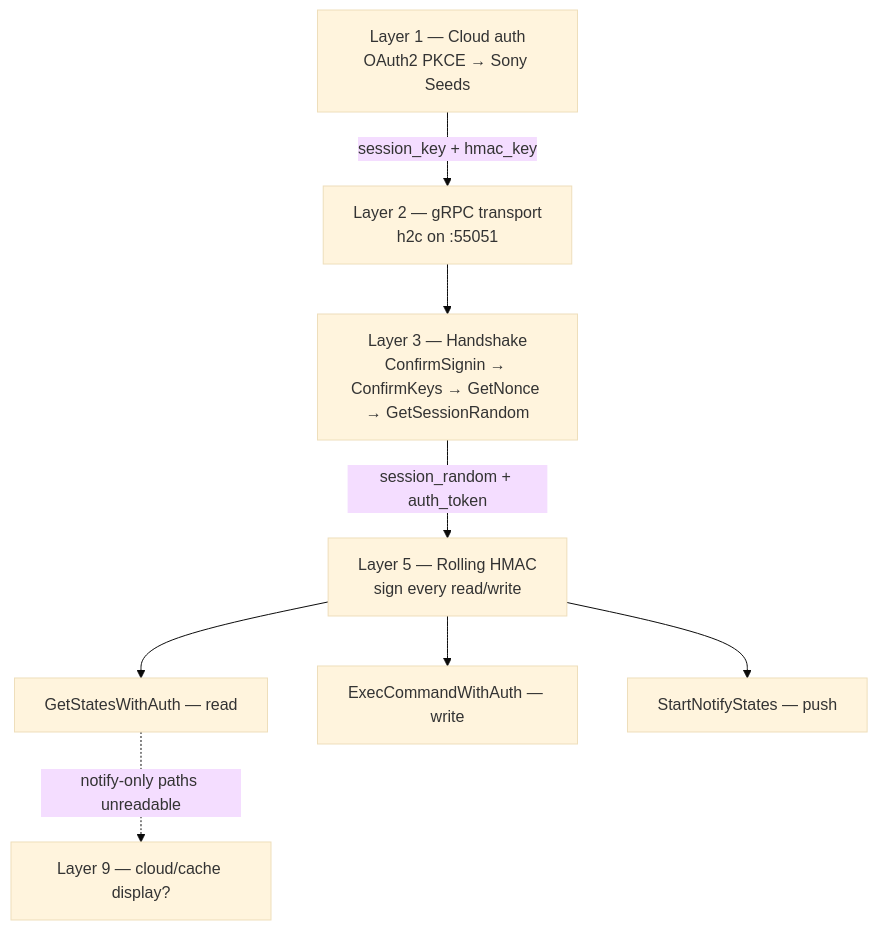
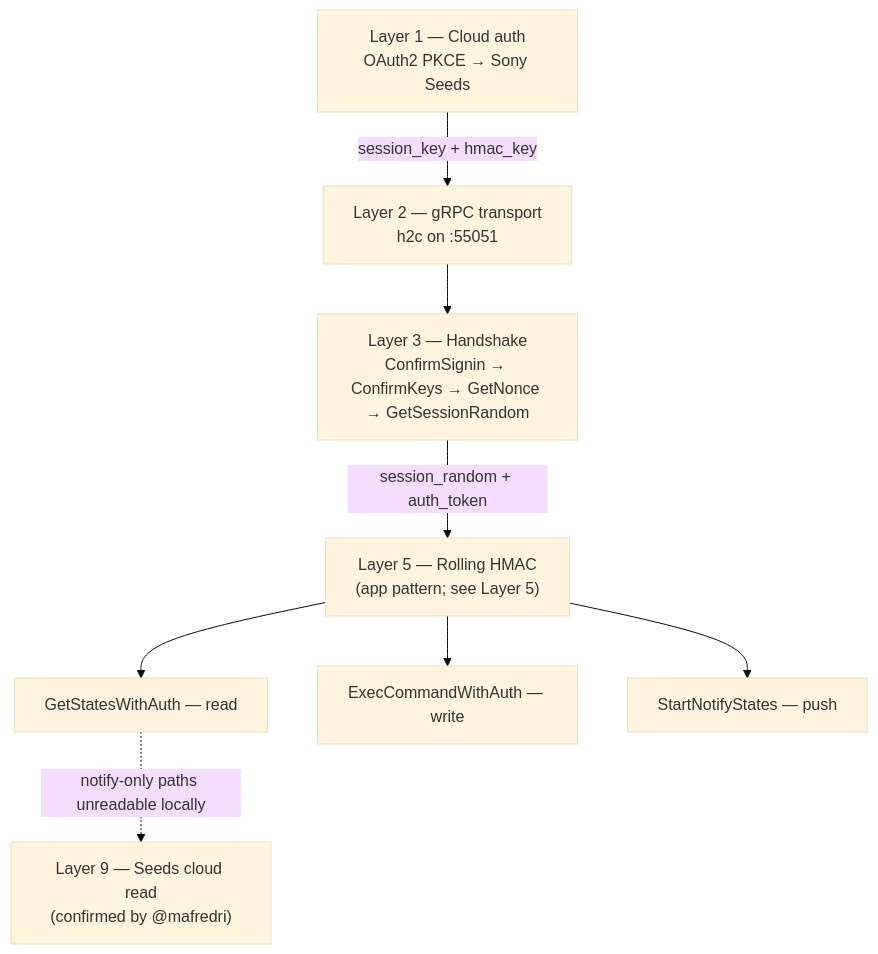
One commit to steamEngineer/bravia-quad-homeassistant changed the first of 5 diagrams in docs/reverse-engineering-bravia-connect.md. Above: the diagram before and after it, drawn with Mermaid (base theme). The commit also changed other lines of this file and 4 other files, not shown here.

````diff
--- a/docs/reverse-engineering-bravia-connect.md
+++ b/docs/reverse-engineering-bravia-connect.md
@@ -34,10 +36,10 @@
 ```mermaid
 flowchart TD
     A["Layer 1 — Cloud auth<br/>OAuth2 PKCE → Sony Seeds"] -->|session_key + hmac_key| B["Layer 2 — gRPC transport<br/>h2c on :55051"]
     B --> C["Layer 3 — Handshake<br/>ConfirmSignin → ConfirmKeys → GetNonce → GetSessionRandom"]
-    C -->|session_random + auth_token| D["Layer 5 — Rolling HMAC<br/>sign every read/write"]
+    C -->|session_random + auth_token| D["Layer 5 — Rolling HMAC<br/>(app pattern; see Layer 5)"]
     D --> E["GetStatesWithAuth — read"]
     D --> F["ExecCommandWithAuth — write"]
     D --> G["StartNotifyStates — push"]
-    E -. notify-only paths unreadable .-> H["Layer 9 — cloud/cache display?"]
+    E -. notify-only paths unreadable locally .-> H["Layer 9 — Seeds cloud read<br/>(confirmed by @mafredri)"]
 ```
````
